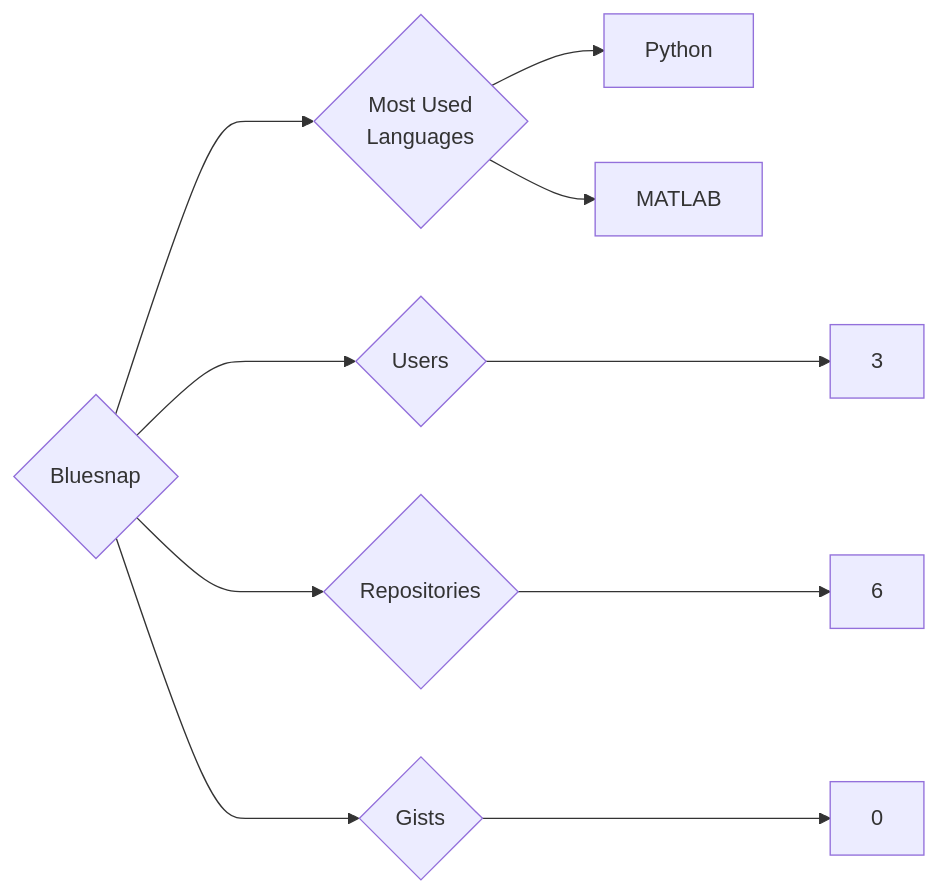
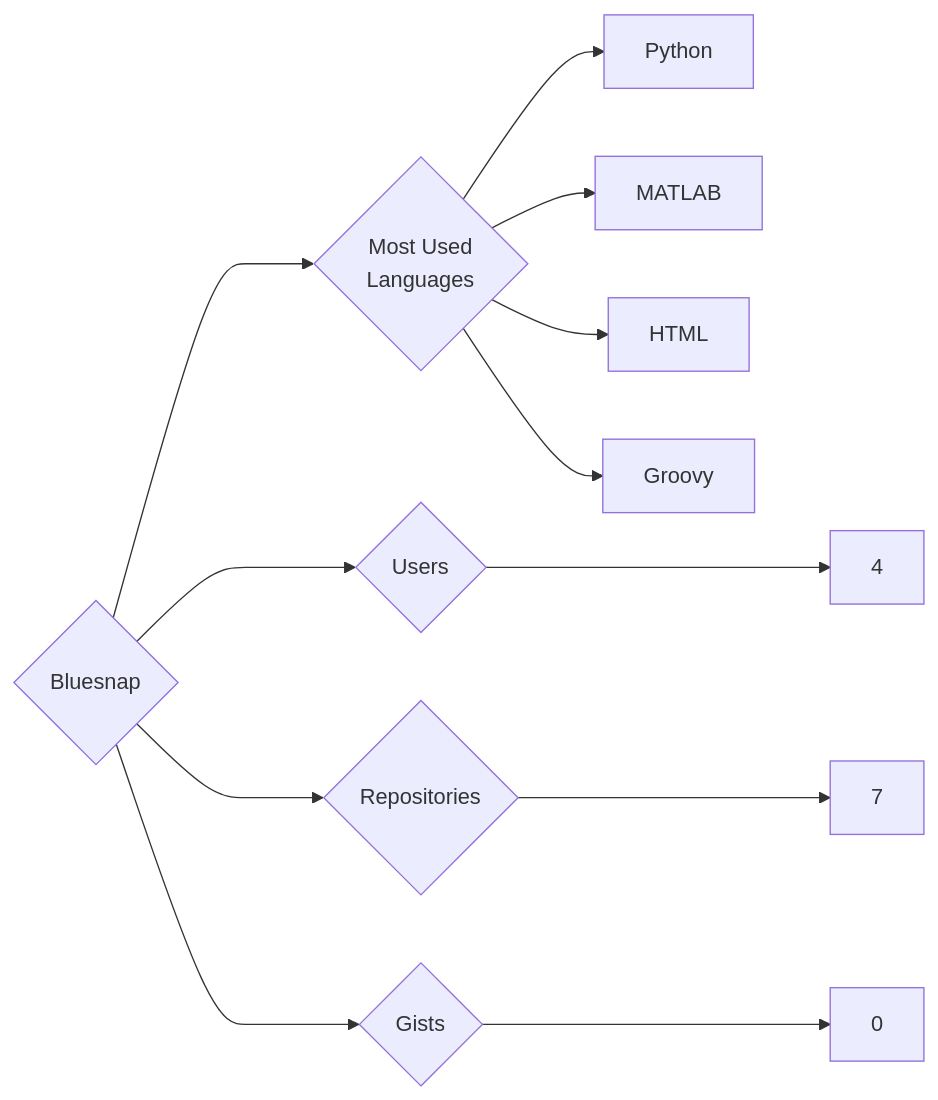
The diagram in targets/Bluesnap/README.md (trickest/insiders), drawn with Mermaid before and after one commit. The commit also changed 872 other files, not shown here.

````diff
--- a/targets/Bluesnap/README.md
+++ b/targets/Bluesnap/README.md
@@ -3,10 +3,12 @@
 ```mermaid
 graph LR
 COMPANY_NAME{Bluesnap}
-COMPANY_NAME ---> U{Users} ---> UN[3]
-COMPANY_NAME ---> R{Repositories} ---> RN[6]
+COMPANY_NAME ---> U{Users} ---> UN[4]
+COMPANY_NAME ---> R{Repositories} ---> RN[7]
 COMPANY_NAME ---> G{Gists} ---> GN[0]
 COMPANY_NAME ---> ML{Most Used<br>Languages}
 ML --> Python[Python]
 ML --> MATLAB[MATLAB]
+ML --> HTML[HTML]
+ML --> Groovy[Groovy]
 ```
````
